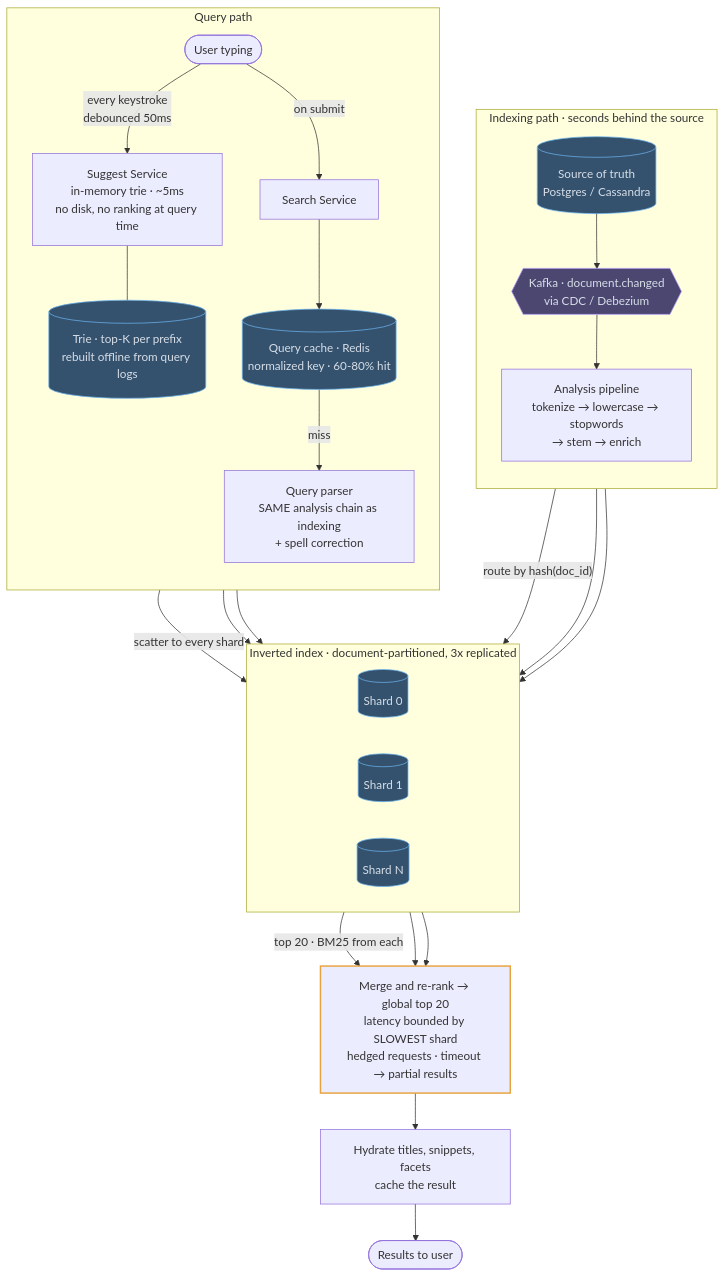
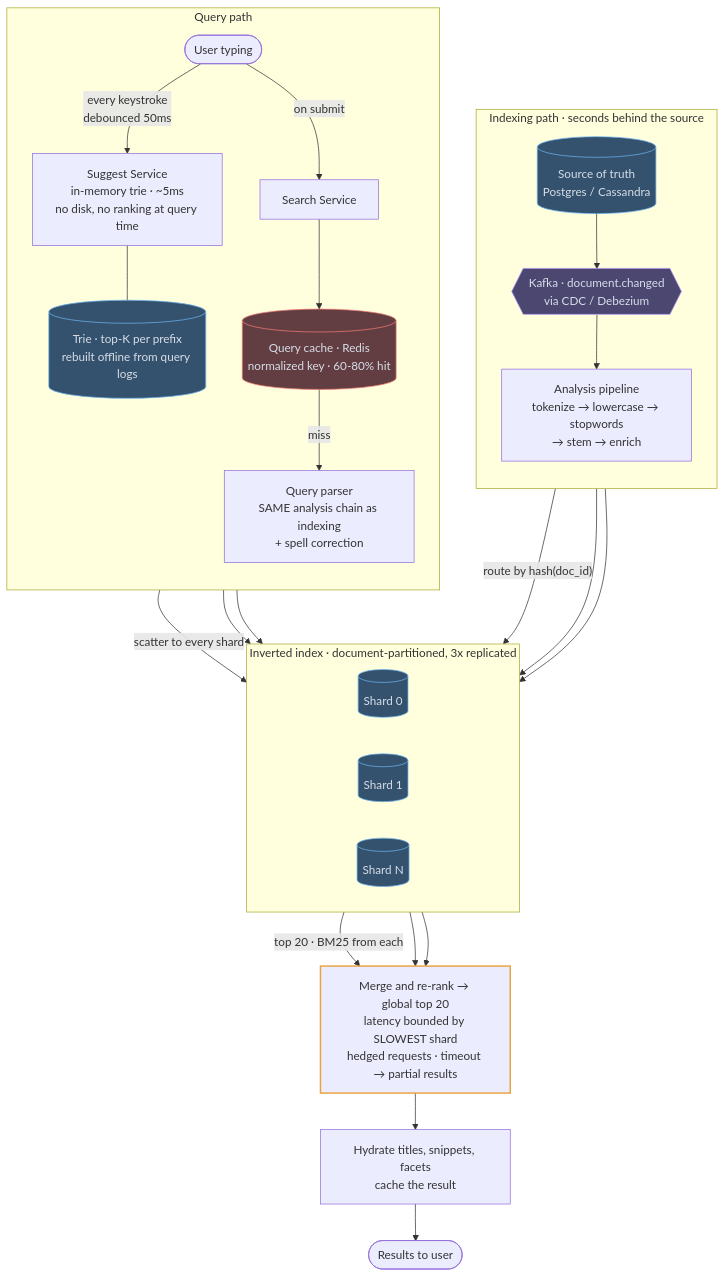
One commit to mertkahyaoglu/atlas changed the diagram in content/designs/06-search-typeahead.md. Above: the diagram before and after it, drawn with Mermaid. The commit also changed 16 other files, not shown here.

First line of the commit message:
Split store into db/cache/blob; color gateway and load-balancer nodes

````diff
--- a/content/designs/06-search-typeahead.md
+++ b/content/designs/06-search-typeahead.md
@@ -117,53 +117,55 @@
 ```mermaid
 flowchart TB
     subgraph ING ["Indexing path · seconds behind the source"]
         direction TB
         Truth[("Source of truth<br/>Postgres / Cassandra")]
         CDC{{"Kafka · document.changed<br/>via CDC / Debezium"}}
         Pipe["Analysis pipeline<br/>tokenize → lowercase → stopwords<br/>→ stem → enrich"]
         Truth --> CDC --> Pipe
     end
 
     subgraph QUERY ["Query path"]
         direction TB
         User([User typing])
         Suggest["Suggest Service<br/>in-memory trie · ~5ms<br/>no disk, no ranking at query time"]
         Trie[("Trie · top-K per prefix<br/>rebuilt offline from query logs")]
         Search[Search Service]
         QCache[("Query cache · Redis<br/>normalized key · 60-80% hit")]
         Parser["Query parser<br/>SAME analysis chain as indexing<br/>+ spell correction"]
         User -- "every keystroke<br/>debounced 50ms" --> Suggest
         Suggest --- Trie
         User -- "on submit" --> Search
         Search --> QCache
         QCache -- "miss" --> Parser
     end
 
     subgraph SHARDS ["Inverted index · document-partitioned, 3x replicated"]
         direction LR
         S0[("Shard 0")]
         S1[("Shard 1")]
         S2[("Shard N")]
     end
     Pipe -- "route by hash(doc_id)" --> S0
     Pipe --> S1 & S2
     Parser -- "scatter to every shard" --> S0
     Parser --> S1 & S2
 
     S0 -- "top 20 · BM25 from each" --> Gather
     S1 & S2 --> Gather
     Gather["Merge and re-rank → global top 20<br/>latency bounded by SLOWEST shard<br/>hedged requests · timeout → partial results"]
     Gather --> Hydrate["Hydrate titles, snippets, facets<br/>cache the result"]
     Hydrate --> Results([Results to user])
 
-    classDef store fill:#34526e,stroke:#6cb2ee,color:#d7dee8
+    classDef db fill:#34526e,stroke:#6cb2ee,color:#d7dee8
+    classDef cache fill:#623e43,stroke:#f07a73,color:#d7dee8
     classDef queue fill:#4b4771,stroke:#ad94f7,color:#d7dee8
     classDef hot stroke:#e8a33d,stroke-width:2px
-    class Truth,S0,S1,S2,Trie,QCache store
+    class Truth,S0,S1,S2,Trie db
+    class QCache cache
     class Gather hot
     class CDC queue
 
     click Truth href "/docs/02-data-storage" "Role: the authoritative data that the search index is derived from.<br/>Trade-off: the index can always be rebuilt, but is never guaranteed current."
     click CDC href "/docs/05-async-messaging-and-event-driven" "Role: streams database changes to indexing without dual writes.<br/>Trade-off: seconds of indexing lag, so results can miss the latest edits."
     click QCache href "/docs/04-caching" "Role: serves the repeated queries that dominate traffic straight from memory.<br/>Trade-off: results can be stale for the TTL, and personalized queries cache poorly."
 ```
````
